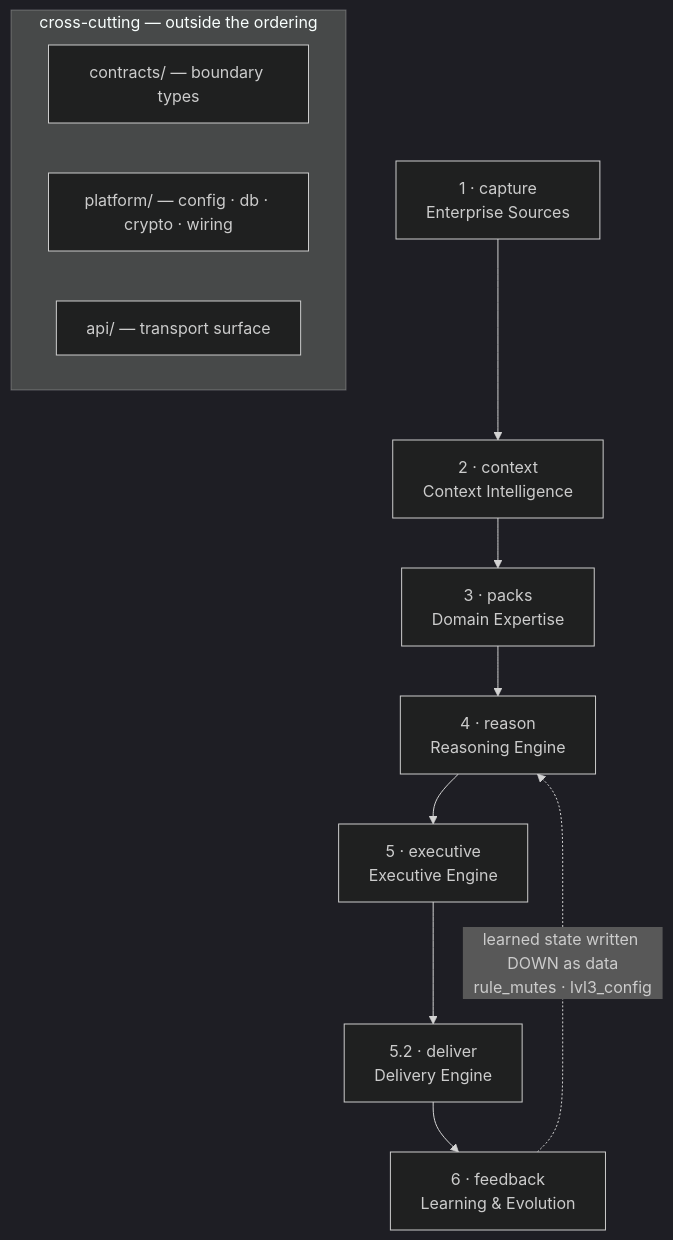
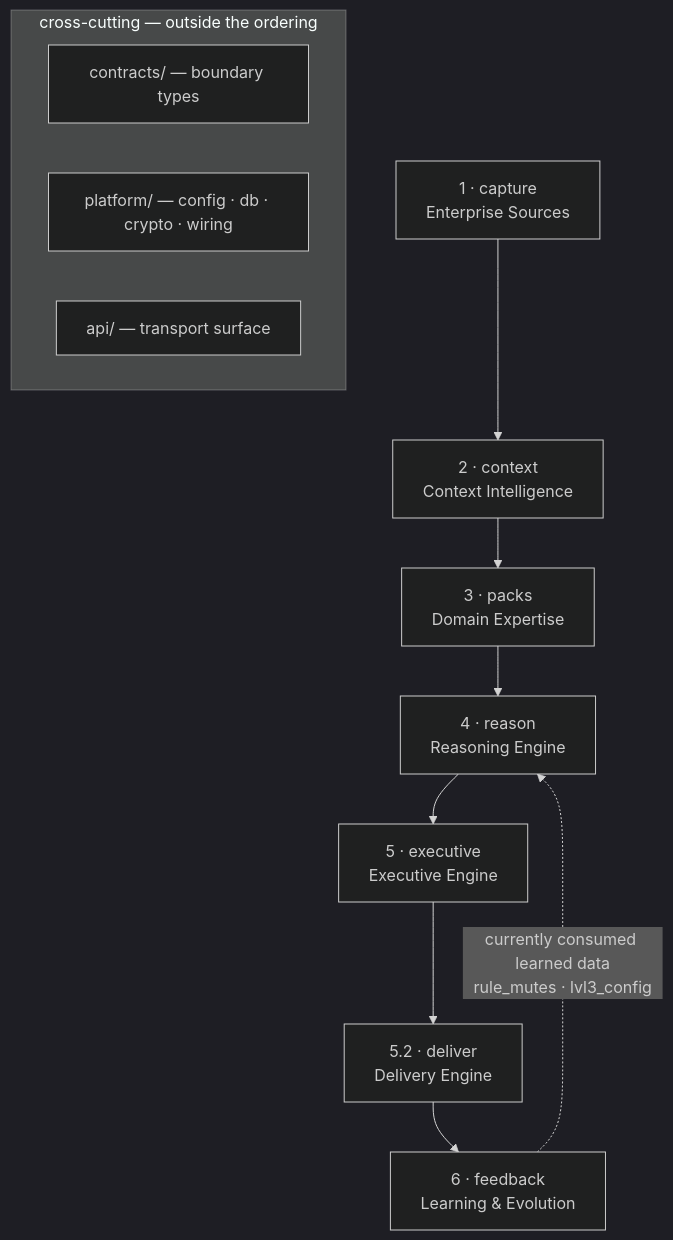
Before and after one commit to themoronss/genios-brain: the first of 2 diagrams in System Design/README.md, drawn with Mermaid (dark theme). The commit also changed other lines of this file and 2057 other files, not shown here.

````diff
--- a/System Design/README.md
+++ b/System Design/README.md
@@ -42,19 +42,19 @@
 ```mermaid
 flowchart TB
     L1["1 · capture<br/>Enterprise Sources"]
     L2["2 · context<br/>Context Intelligence"]
     L3["3 · packs<br/>Domain Expertise"]
     L4["4 · reason<br/>Reasoning Engine"]
     L5["5 · executive<br/>Executive Engine"]
     L52["5.2 · deliver<br/>Delivery Engine"]
     L6["6 · feedback<br/>Learning & Evolution"]
 
     L1 --> L2 --> L3 --> L4 --> L5 --> L52 --> L6
-    L6 -. "learned state written DOWN as data<br/>rule_mutes · lvl3_config" .-> L4
+    L6 -. "currently consumed learned data<br/>rule_mutes · lvl3_config" .-> L4
 
     subgraph X ["cross-cutting — outside the ordering"]
         C["contracts/ — boundary types"]
         P["platform/ — config · db · crypto · wiring"]
         A["api/ — transport surface"]
     end
 ```
````
